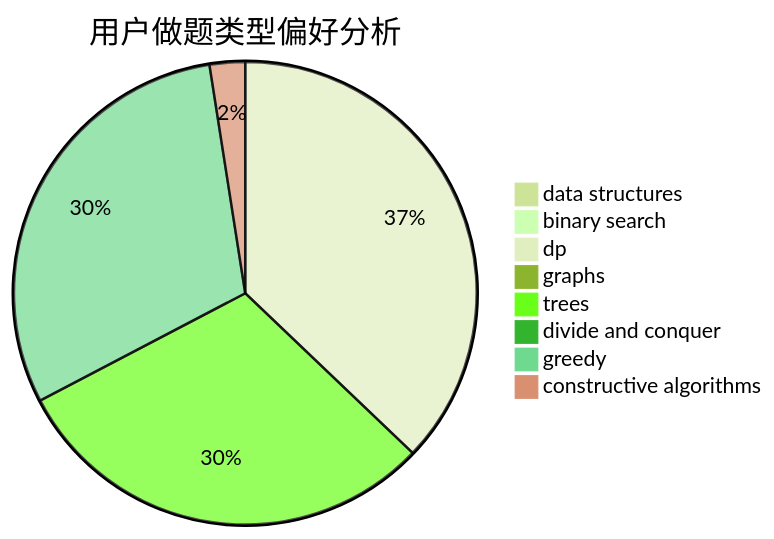
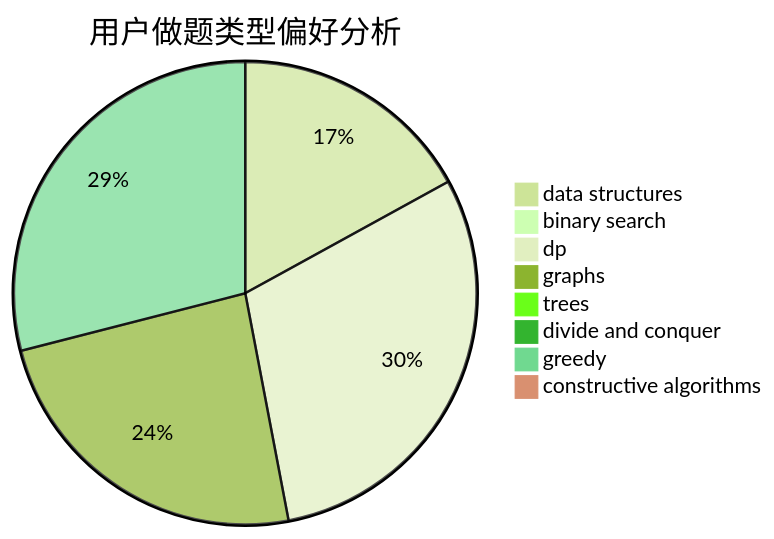
Before and after one commit to sherpahu/cfrs.github.io: the second of 3 diagrams in docs/user/u151.md, drawn with Mermaid (forest theme). The commit also changed other lines of this file and 2770 other files, not shown here.

````diff
--- a/docs/user/u151.md
+++ b/docs/user/u151.md
@@ -23,11 +23,11 @@
 ```mermaid
 pie title 用户做题类型偏好分析
-    "data structures" :  0
+    "data structures" :  17
     "binary search" :  0
-    "dp" :  75
-    "graphs" :  0
-    "trees" :  61
+    "dp" :  30
+    "graphs" :  24
+    "trees" :  0
     "divide and conquer" :  0
-    "greedy" :  61
-    "constructive algorithms" :  5
+    "greedy" :  29
+    "constructive algorithms" :  0
 ```
````
